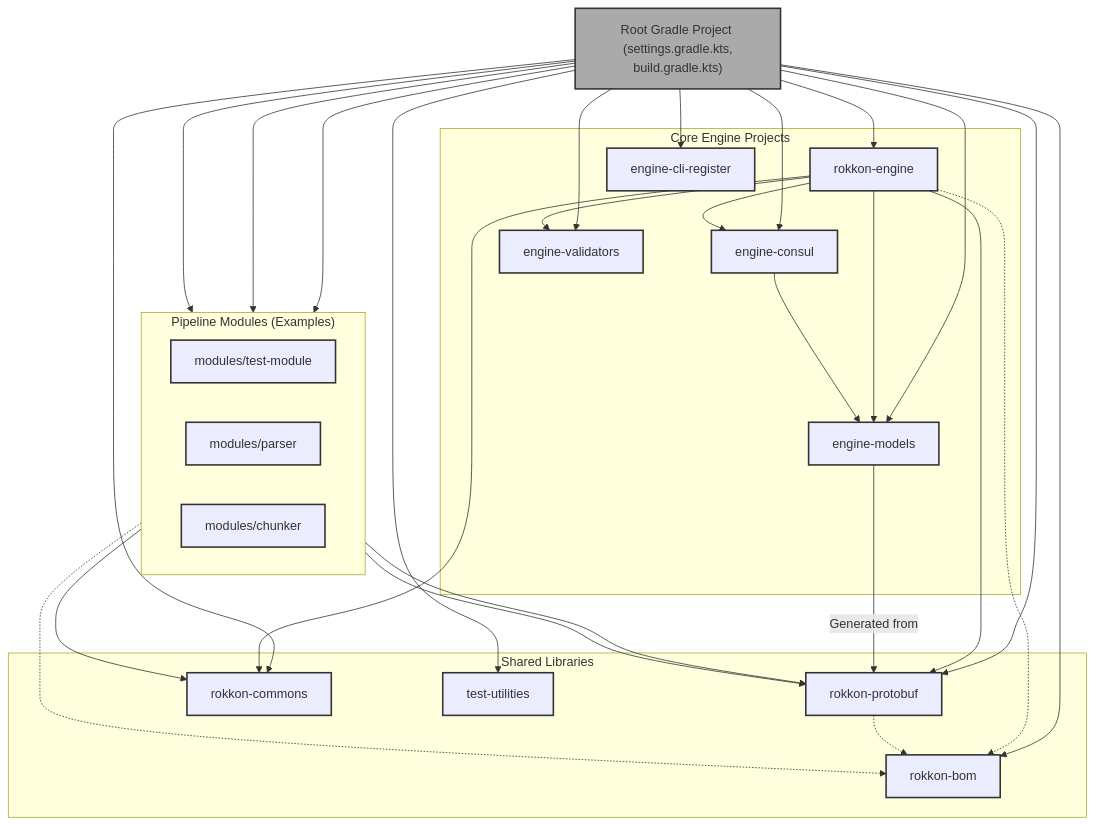
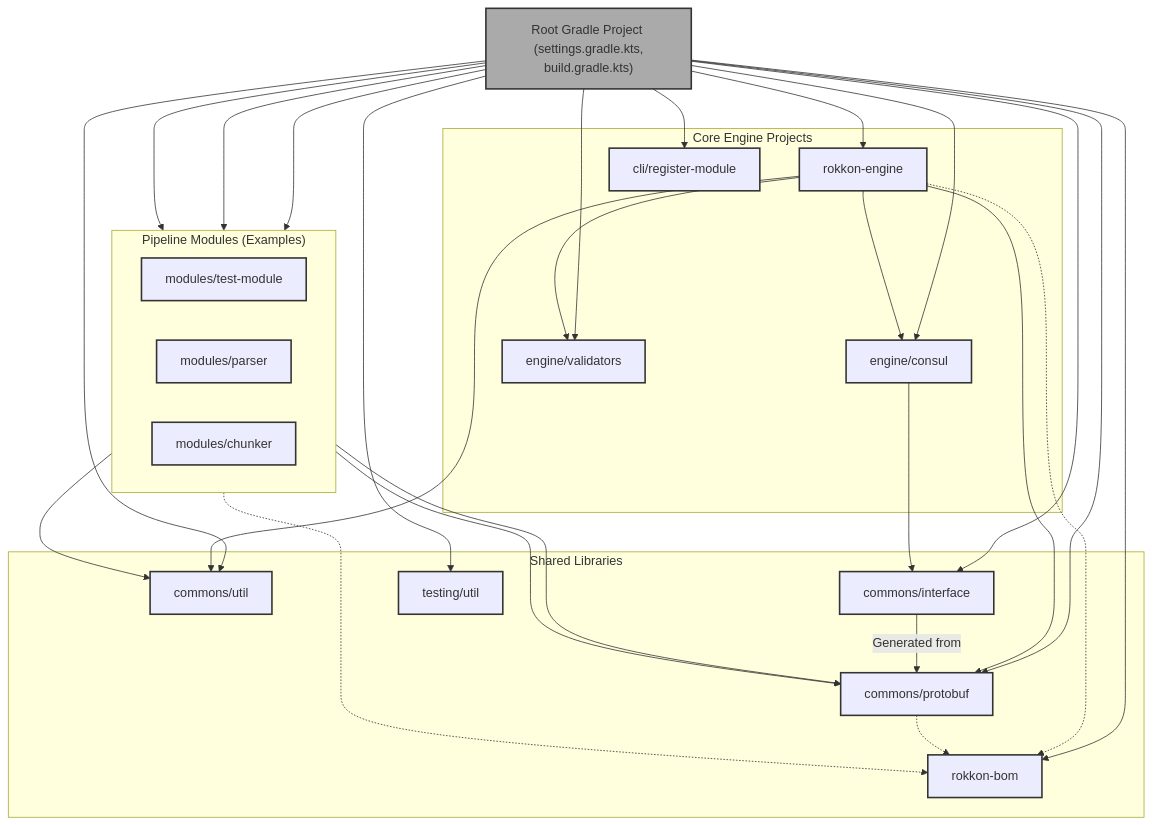
One commit to krickert/rokkon changed the diagram in ARCHITECTURE/Build_system.md. Above: the diagram before and after it, drawn with Mermaid. The commit also changed other lines of this file and 8 other files, not shown here.

````diff
--- a/ARCHITECTURE/Build_system.md
+++ b/ARCHITECTURE/Build_system.md
@@ -29,68 +29,67 @@
 ```mermaid
 graph TD
     RootProject["Root Gradle Project <br> (settings.gradle.kts, build.gradle.kts)"]
 
     subgraph "Core Engine Projects"
         Engine[rokkon-engine]
-        EngineConsul[engine-consul]
-        EngineModels[engine-models]
-        EngineValidators[engine-validators]
-        EngineCLI[engine-cli-register]
+        EngineConsul[engine/consul]
+        EngineValidators[engine/validators]
+        EngineCLI[cli/register-module]
     end
 
     subgraph "Shared Libraries"
-        Protobuf[rokkon-protobuf]
-        Commons[rokkon-commons]
+        Protobuf[commons/protobuf]
+        Commons[commons/util]
+        Interface[commons/interface]
         BOM[rokkon-bom]
-        TestUtils[test-utilities]
+        TestUtils[testing/util]
     end
 
     subgraph "Pipeline Modules (Examples)"
         direction LR
         ModuleTest[modules/test-module]
         ModuleParser[modules/parser]
         ModuleChunker[modules/chunker]
         %% Add other modules as needed
     end
 
     RootProject --> Engine
     RootProject --> EngineConsul
-    RootProject --> EngineModels
     RootProject --> EngineValidators
     RootProject --> EngineCLI
     RootProject --> Protobuf
     RootProject --> Commons
+    RootProject --> Interface
     RootProject --> BOM
     RootProject --> TestUtils
     RootProject --> ModuleTest
     RootProject --> ModuleParser
     RootProject --> ModuleChunker
 
     %% Dependencies (Illustrative)
     Engine --> EngineConsul
-    Engine --> EngineModels
     Engine --> EngineValidators
     Engine --> Protobuf
     Engine --> Commons
-    EngineConsul --> EngineModels
-    EngineModels -- Generated from --> Protobuf
+    EngineConsul --> Interface
+    Interface -- Generated from --> Protobuf
 
     ModuleTest --> Protobuf
     ModuleTest --> Commons
     ModuleParser --> Protobuf
 
     %% All projects implicitly depend on BOM for version management
     Engine -.-> BOM
     Protobuf -.-> BOM
     ModuleTest -.-> BOM
 
     classDef root fill:#aaa,stroke:#333,stroke-width:2px;
     classDef core fill:#lightblue,stroke:#333,stroke-width:2px;
     classDef shared fill:#lightgreen,stroke:#333,stroke-width:2px;
     classDef module fill:#lightcoral,stroke:#333,stroke-width:2px;
 
     class RootProject root;
-    class Engine,EngineConsul,EngineModels,EngineValidators,EngineCLI core;
-    class Protobuf,Commons,BOM,TestUtils shared;
+    class Engine,EngineConsul,EngineValidators,EngineCLI core;
+    class Protobuf,Commons,Interface,BOM,TestUtils shared;
     class ModuleTest,ModuleParser,ModuleChunker module;
 ```
````
